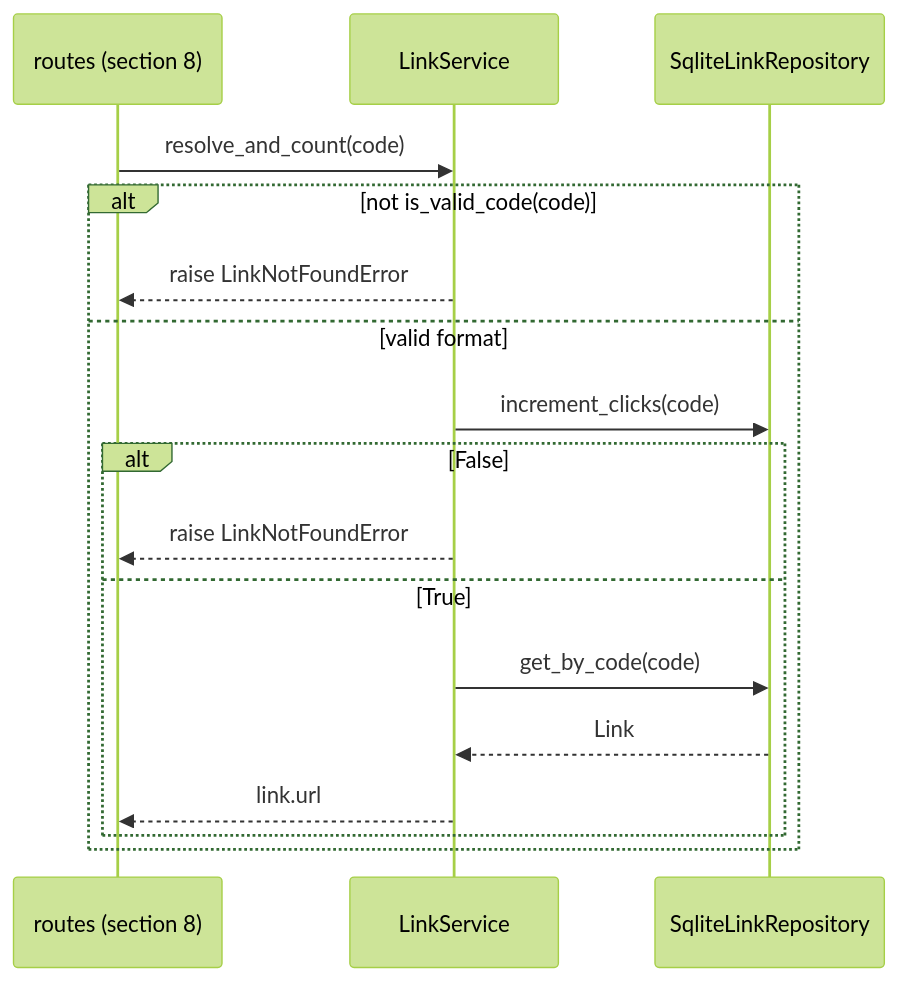
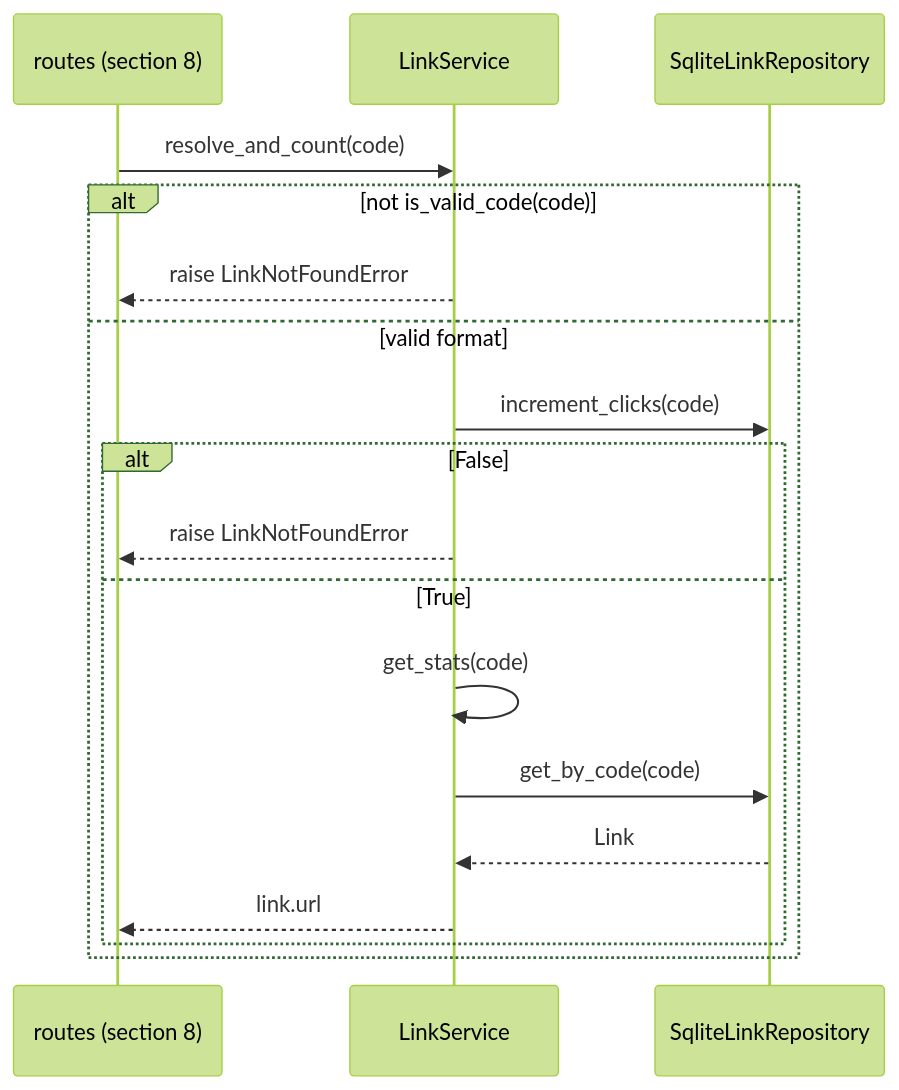
Before and after one commit to AbrahamLinksus/bench-link-shortener: the second of 3 diagrams in docs/LLD.md, drawn with Mermaid (forest theme). The commit also changed other lines of this file and 1 other file, not shown here.

````diff
--- a/docs/LLD.md
+++ b/docs/LLD.md
@@ -337,19 +357,20 @@
 ```mermaid
 sequenceDiagram
     participant R as routes (section 8)
     participant S as LinkService
     participant Repo as SqliteLinkRepository
     R->>S: resolve_and_count(code)
     alt not is_valid_code(code)
         S-->>R: raise LinkNotFoundError
     else valid format
         S->>Repo: increment_clicks(code)
         alt False
             S-->>R: raise LinkNotFoundError
         else True
+            S->>S: get_stats(code)
             S->>Repo: get_by_code(code)
             Repo-->>S: Link
             S-->>R: link.url
         end
     end
 ```
````
